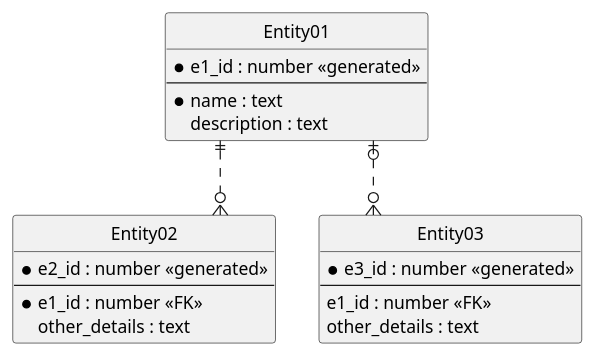
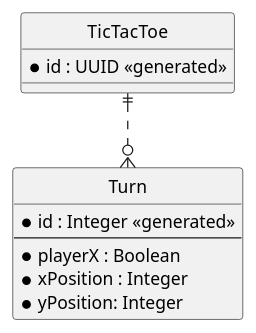
One commit to liljafreja/tictactoe changed the diagram in puml.md. Above: the diagram before and after it, drawn with PlantUML. The commit also changed 1 other file, not shown here.

Commit message:
finish puml and comment stuff

```diff
--- a/puml.md
+++ b/puml.md
@@ -1,33 +1,24 @@
 @startuml
 
 ' hide the spot
 hide circle
 
 ' avoid problems with angled crows feet
 skinparam linetype ortho
 
-entity "Entity01" as e01 {
-*e1_id : number <<generated>>
---
-*name : text
-description : text
+entity "TicTacToe" as e01 {
+*id : UUID <<generated>>
 }
 
-entity "Entity02" as e02 {
-*e2_id : number <<generated>>
+entity "Turn" as e02 {
+*id : Integer <<generated>>
 --
-*e1_id : number <<FK>>
-other_details : text
+*playerX : Boolean
+*xPosition : Integer
+*yPosition: Integer
 }
 
-entity "Entity03" as e03 {
-*e3_id : number <<generated>>
---
-e1_id : number <<FK>>
-other_details : text
-}
 
 e01 ||..o{ e02
-e01 |o..o{ e03
 
 @enduml
```
